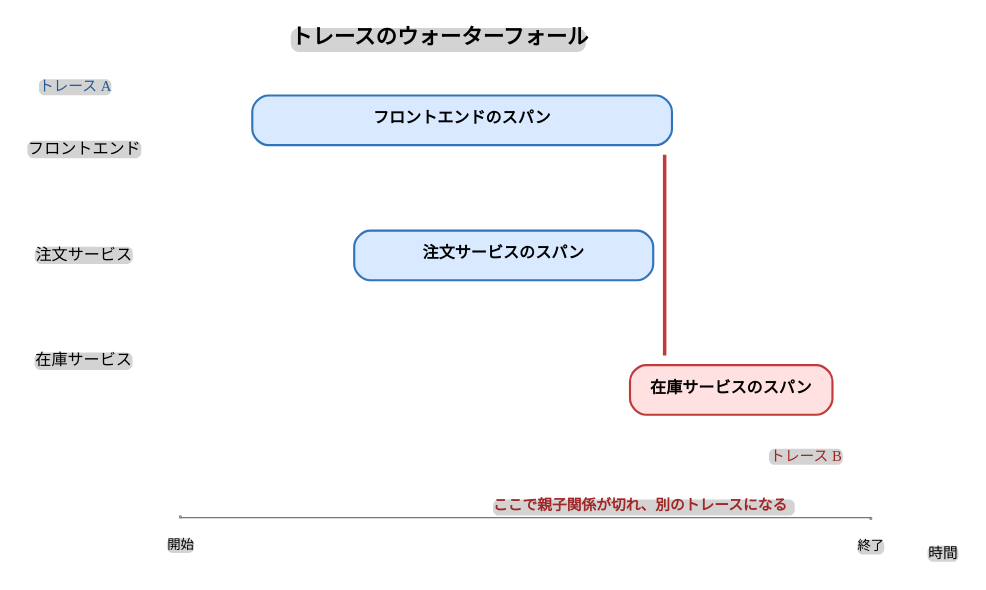
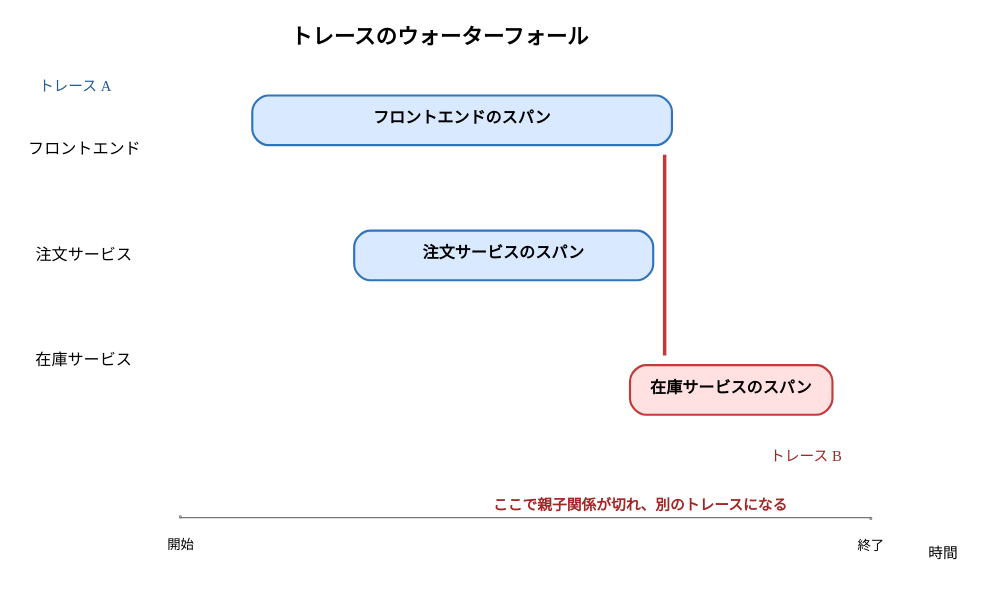
Before and after one commit to ymotongpoo/zenn.dev: the diagram in diagrams/observability-platform-with-otel/20260926-broken-trace-waterfall.dot, drawn with Graphviz. The commit also changed 1 other file, not shown here.

```diff
--- a/diagrams/observability-platform-with-otel/20260926-broken-trace-waterfall.dot
+++ b/diagrams/observability-platform-with-otel/20260926-broken-trace-waterfall.dot
@@ -1,54 +1,54 @@
 // 破断した分散トレースのウォーターフォール
 // 上3行は同じトレース、在庫サービスだけ別トレースに分かれている。
 digraph broken_trace_waterfall {
   graph [
     layout=neato, overlap=false, splines=ortho,
     outputorder=edgesfirst, bgcolor="white",
     pad=0.18, margin=0.05,
     fontname="IBM Plex Sans JP", fontsize=14
   ];
   node [
     shape=box, style="rounded,filled",
     fontname="IBM Plex Sans JP", fontsize=12,
     margin="0.14,0.10", penwidth=1.6,
     pin=true
   ];
   edge [
     fontname="IBM Plex Sans JP", fontsize=11,
     color="#6B6B6B", penwidth=1.2, arrowsize=0.7
   ];
 
-  title [label=<<b>トレースのウォーターフォール</b>>, shape=plain,
+  title [label=<<b>トレースのウォーターフォール</b>>, shape=plain, style="",
          fontsize=16, pos="5.0,5.25!"];
-  axis [label="時間", shape=plain, fontsize=11, pos="10.1,0.18!"];
+  axis [label="時間", shape=plain, style="", fontsize=11, pos="10.1,0.18!"];
 
-  fe_label [label="フロントエンド", shape=plain, fontsize=12, pos="1.15,4.35!"];
-  order_label [label="注文サービス", shape=plain, fontsize=12, pos="1.15,3.25!"];
-  stock_label [label="在庫サービス", shape=plain, fontsize=12, pos="1.15,2.15!"];
+  fe_label [label="フロントエンド", shape=plain, style="", fontsize=12, pos="1.15,4.35!"];
+  order_label [label="注文サービス", shape=plain, style="", fontsize=12, pos="1.15,3.25!"];
+  stock_label [label="在庫サービス", shape=plain, style="", fontsize=12, pos="1.15,2.15!"];
 
   fe [label=<<b>フロントエンドのスパン</b>>, fillcolor="#D9E9FF", color="#3274B9",
       width=4.35, height=0.52, pos="5.35,4.35!"];
   order [label=<<b>注文サービスのスパン</b>>, fillcolor="#D9E9FF", color="#3274B9",
          width=3.10, height=0.52, pos="6.15,3.25!"];
   stock [label=<<b>在庫サービスのスパン</b>>, fillcolor="#FFE1E1", color="#C23B3B",
          width=2.10, height=0.52, pos="7.55,2.15!"];
 
-  trace_a [label="トレース A", shape=plain, fontsize=11, fontcolor="#245B96", pos="1.05,5.0!"];
-  trace_b [label="トレース B", shape=plain, fontsize=11, fontcolor="#A12626", pos="8.65,1.25!"];
+  trace_a [label="トレース A", shape=plain, style="", fontsize=11, fontcolor="#245B96", pos="1.05,5.0!"];
+  trace_b [label="トレース B", shape=plain, style="", fontsize=11, fontcolor="#A12626", pos="8.65,1.25!"];
 
   fe -> order [style=invis];
   order -> stock [style=invis];
 
   break_line [label="", shape=box, width=0.02, height=2.05,
               fixedsize=true, style="filled", fillcolor="#C23B3B",
               color="#C23B3B", pos="7.0,3.25!"];
   break_text [label=<<b>ここで親子関係が切れ、
-別のトレースになる</b>>, shape=plain,
+別のトレースになる</b>>, shape=plain, style="",
               fontsize=11, fontcolor="#A12626", pos="7.0,0.78!"];
 
   t0 [label="", shape=point, width=0.01, pos="2.15,0.55!", color="#777777"];
   t1 [label="", shape=point, width=0.01, pos="9.35,0.55!", color="#777777"];
   t0 -> t1 [dir=none, color="#777777", penwidth=1.0];
-  tick0 [label="開始", shape=plain, fontsize=10, pos="2.15,0.25!"];
-  tick1 [label="終了", shape=plain, fontsize=10, pos="9.35,0.25!"];
+  tick0 [label="開始", shape=plain, style="", fontsize=10, pos="2.15,0.25!"];
+  tick1 [label="終了", shape=plain, style="", fontsize=10, pos="9.35,0.25!"];
 }
```
